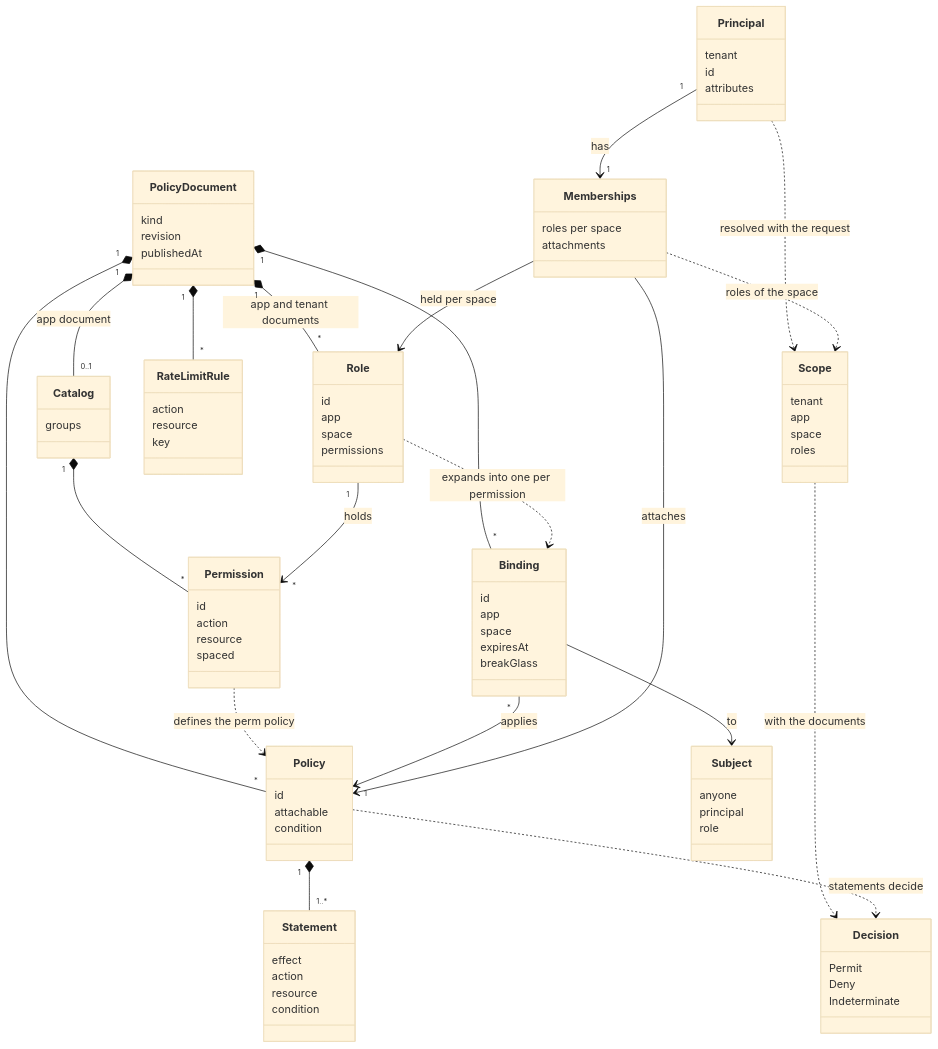
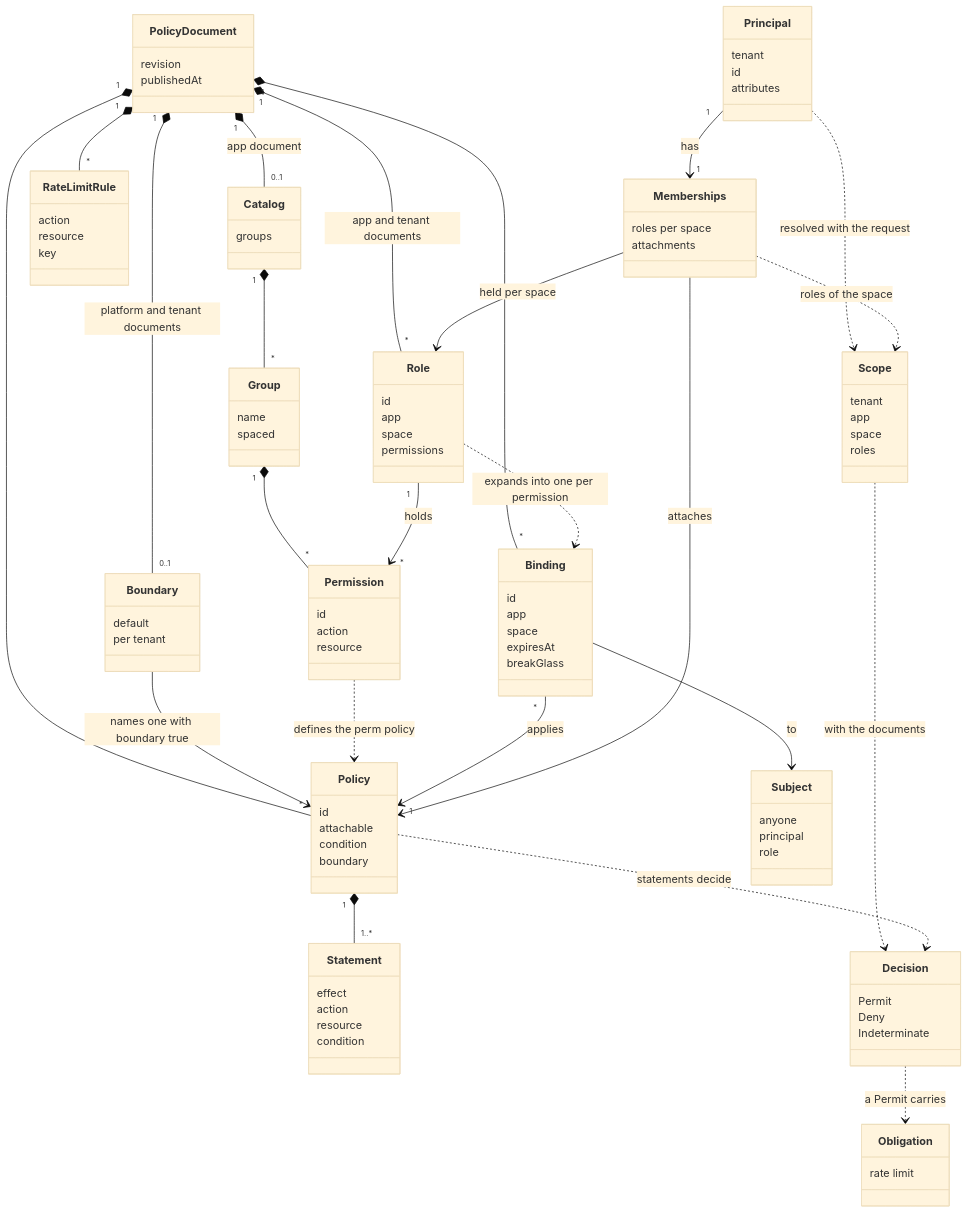
Before and after one commit to Ahoo-Wang/CoSec: the second of 2 diagrams in wiki/guide/model.md, drawn with Mermaid (base theme). The commit also changed 8 other files, not shown here.

Commit message:
wip: docs: glossary entries, default space, roles, class diagram, spaced example

````diff
--- a/wiki/guide/model.md
+++ b/wiki/guide/model.md
@@ -50,7 +50,6 @@
 ```mermaid
 classDiagram
     class PolicyDocument {
-        kind
         revision
         publishedAt
     }
@@ -58,6 +57,7 @@
         id
         attachable
         condition
+        boundary
     }
     class Statement {
         effect
@@ -86,11 +86,21 @@
     class Catalog {
         groups
     }
+    class Group {
+        name
+        spaced
+    }
     class Permission {
         id
         action
         resource
-        spaced
+    }
+    class Boundary {
+        default
+        per tenant
+    }
+    class Obligation {
+        rate limit
     }
     class RateLimitRule {
         action
@@ -123,7 +133,11 @@
     PolicyDocument "1" *-- "0..1" Catalog : app document
     PolicyDocument "1" *-- "*" RateLimitRule
     Policy "1" *-- "1..*" Statement
-    Catalog "1" *-- "*" Permission
+    Catalog "1" *-- "*" Group
+    Group "1" *-- "*" Permission
+    PolicyDocument "1" *-- "0..1" Boundary : platform and tenant documents
+    Boundary --> Policy : names one with boundary true
+    Decision ..> Obligation : a Permit carries
     Permission ..> Policy : defines the perm policy
     Role "1" --> "*" Permission : holds
     Role ..> Binding : expands into one per permission
````
